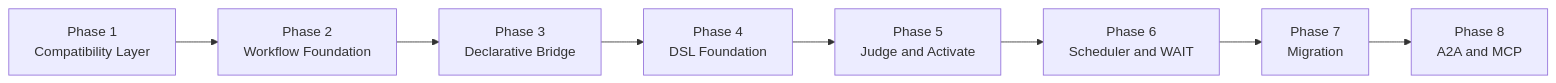
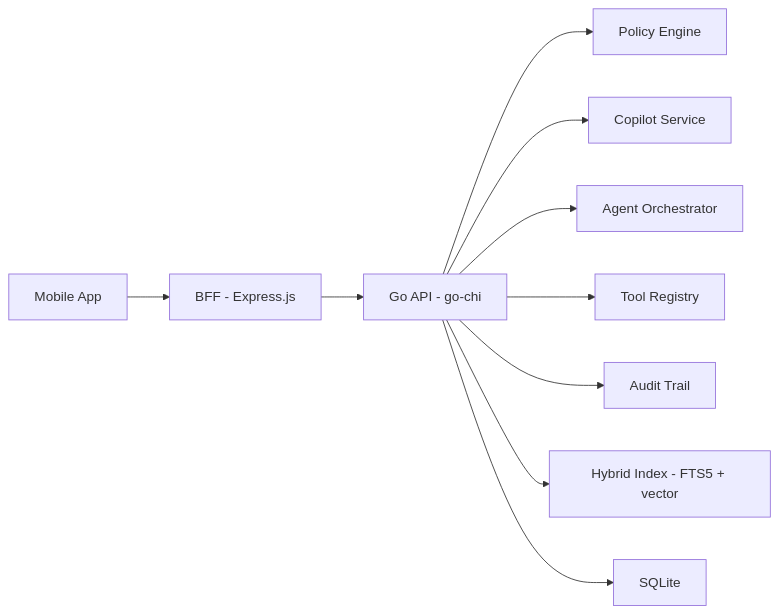
One commit to krukmat/fenix changed the second of 2 diagrams in README.md. Above: the diagram before and after it, drawn with Mermaid. The commit also changed other lines of this file, not shown here.

````diff
--- a/README.md
+++ b/README.md
@@ -190,13 +193,12 @@
 ```mermaid
 flowchart LR
-    F1[Phase 1\nCompatibility Layer]
-    F2[Phase 2\nWorkflow Foundation]
-    F3[Phase 3\nDeclarative Bridge]
-    F4[Phase 4\nDSL Foundation]
-    F5[Phase 5\nJudge and Activate]
-    F6[Phase 6\nScheduler and WAIT]
-    F7[Phase 7\nMigration]
-    F8[Phase 8\nA2A and MCP]
-
-    F1 --> F2 --> F3 --> F4 --> F5 --> F6 --> F7 --> F8
+    MOB[Mobile App] --> BFF[BFF - Express.js]
+    BFF --> API[Go API - go-chi]
+    API --> POLICY[Policy Engine]
+    API --> COPILOT[Copilot Service]
+    API --> AGENTS[Agent Orchestrator]
+    API --> TOOLS[Tool Registry]
+    API --> AUDIT[Audit Trail]
+    API --> IDX[Hybrid Index - FTS5 + vector]
+    API --> DB[SQLite]
 ```
````
